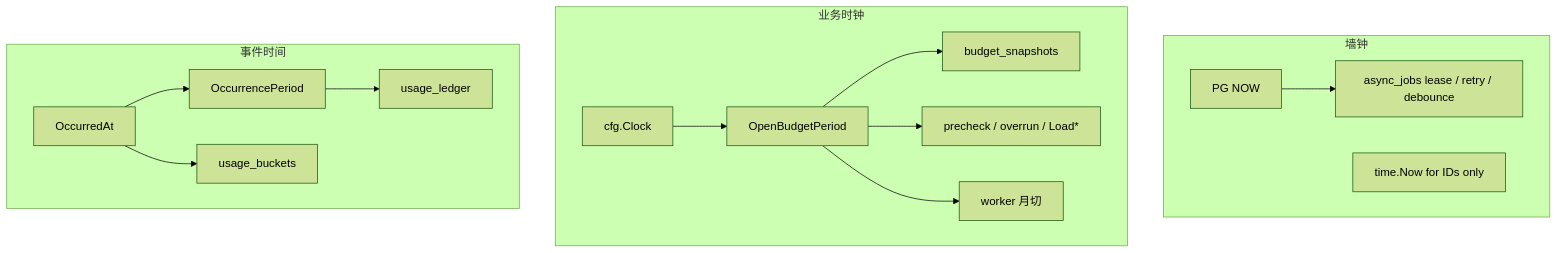
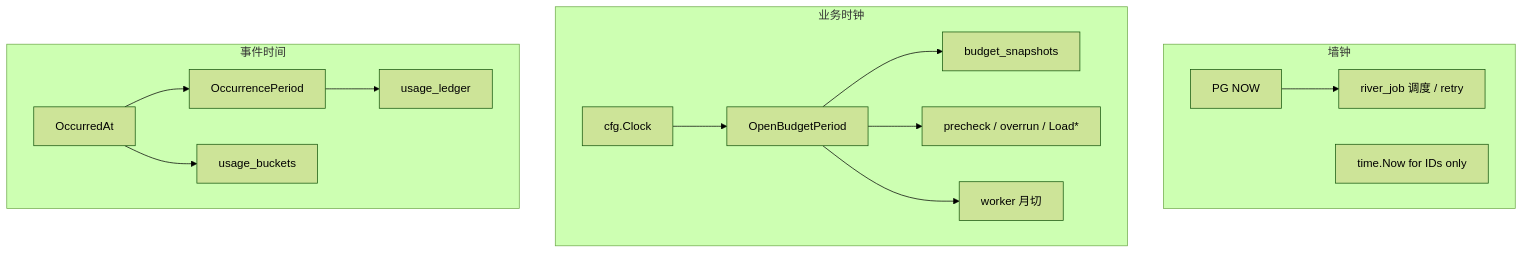
The fourth of 9 diagrams in docs/Backend-业务时钟与账期.md (quyip8818/mytokenjoy), drawn with Mermaid (forest theme) before and after one commit. The commit also changed other lines of this file and 112 other files, not shown here.

````diff
--- a/docs/Backend-业务时钟与账期.md
+++ b/docs/Backend-业务时钟与账期.md
@@ -82,21 +83,21 @@
 ```mermaid
 flowchart TB
   subgraph wall [墙钟]
     W[PG NOW]
-    W --> L[async_jobs lease / retry / debounce]
+    W --> L[river_job 调度 / retry]
     ID[time.Now for IDs only]
   end
   subgraph biz [业务时钟]
     C[cfg.Clock]
     C --> O[OpenBudgetPeriod]
     O --> S[budget_snapshots]
     O --> G[precheck / overrun / Load*]
     O --> M[worker 月切]
   end
   subgraph evt [事件时间]
     E[OccurredAt]
     E --> P[OccurrencePeriod]
     P --> U[usage_ledger]
     E --> B[usage_buckets]
   end
 ```
````
